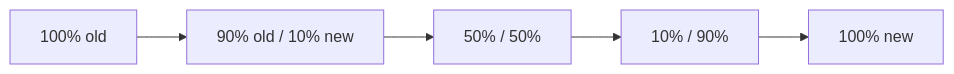
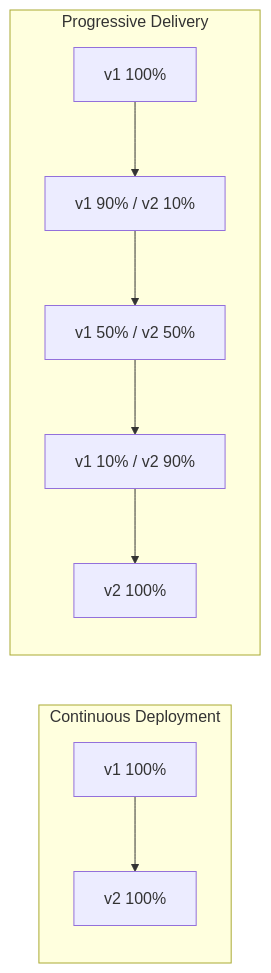
One commit to swallowsaba/introduction-k8s changed the first of 14 diagrams in docs/08-cicd-gitops/progressive-delivery.md. Above: the diagram before and after it, drawn with Mermaid. The commit also changed other lines of this file and 3 other files, not shown here.

````diff
--- a/docs/08-cicd-gitops/progressive-delivery.md
+++ b/docs/08-cicd-gitops/progressive-delivery.md
@@ -26,7 +43,12 @@
 ```mermaid
 flowchart LR
-    A[100% old] --> B[90% old / 10% new]
-    B --> C[50% / 50%]
-    C --> D[10% / 90%]
-    D --> E[100% new]
+    subgraph "Continuous Deployment"
+    cd1[v1 100%] --> cd2[v2 100%]
+    end
+    subgraph "Progressive Delivery"
+    pd1[v1 100%] --> pd2[v1 90% / v2 10%]
+    pd2 --> pd3[v1 50% / v2 50%]
+    pd3 --> pd4[v1 10% / v2 90%]
+    pd4 --> pd5[v2 100%]
+    end
 ```
````
